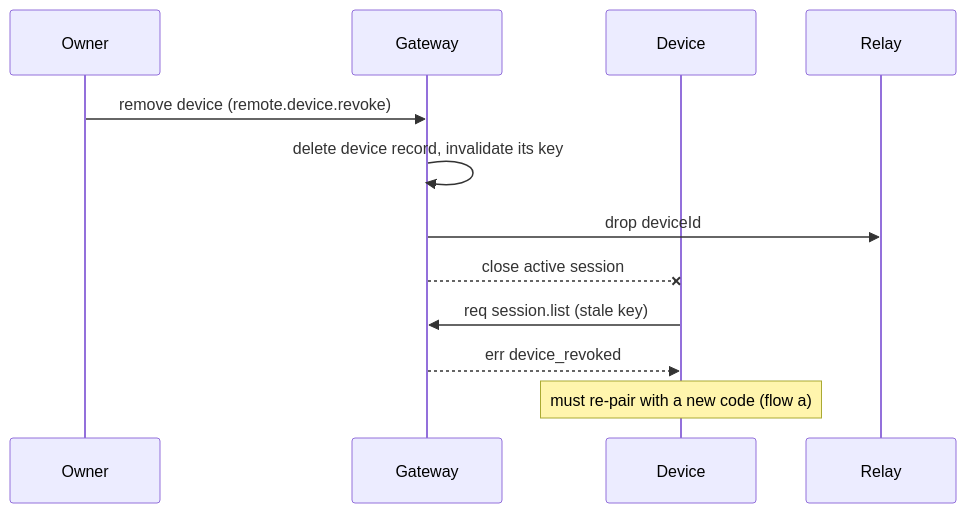
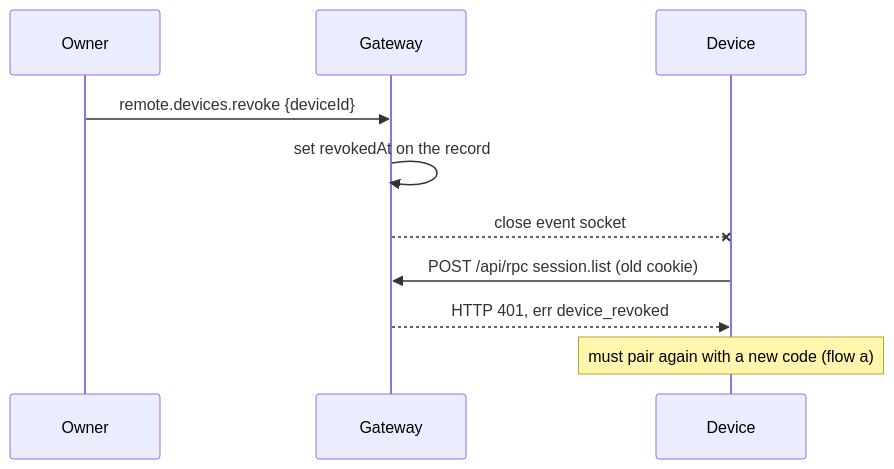
One commit to sico-vibes/bloblex changed the seventh of 7 diagrams in docs/remote/SEQUENCES.md. Above: the diagram before and after it, drawn with Mermaid. The commit also changed other lines of this file and 10 other files, not shown here.

````diff
--- a/docs/remote/SEQUENCES.md
+++ b/docs/remote/SEQUENCES.md
@@ -227,15 +217,13 @@
 ```mermaid
 sequenceDiagram
     participant Owner
     participant Gateway
     participant Device
-    participant Relay
 
-    Owner->>Gateway: remove device (remote.device.revoke)
-    Gateway->>Gateway: delete device record, invalidate its key
-    Gateway->>Relay: drop deviceId
-    Gateway--xDevice: close active session
-    Device->>Gateway: req session.list (stale key)
-    Gateway-->>Device: err device_revoked
-    Note over Device: must re-pair with a new code (flow a)
+    Owner->>Gateway: remote.devices.revoke {deviceId}
+    Gateway->>Gateway: set revokedAt on the record
+    Gateway--xDevice: close event socket
+    Device->>Gateway: POST /api/rpc session.list (old cookie)
+    Gateway-->>Device: HTTP 401, err device_revoked
+    Note over Device: must pair again with a new code (flow a)
 ```
````
